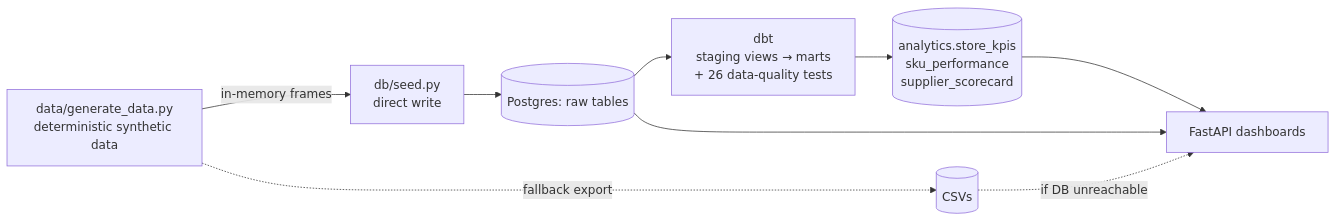
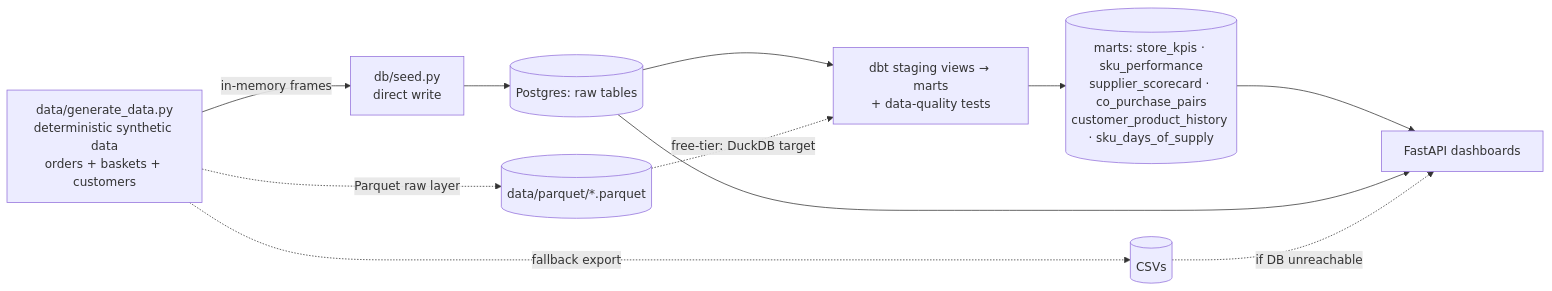
One commit to shiva-shivanibokka/SCM-using-MCP-and-LLM changed the second of 3 diagrams in README.md. Above: the diagram before and after it, drawn with Mermaid. The commit also changed other lines of this file and 38 other files, not shown here.

````diff
--- a/README.md
+++ b/README.md
@@ -99,11 +106,13 @@
 ```mermaid
 flowchart LR
-    GEN[data/generate_data.py<br/>deterministic synthetic data] -->|in-memory frames| SEED[db/seed.py<br/>direct write]
+    GEN[data/generate_data.py<br/>deterministic synthetic data<br/>orders + baskets + customers] -->|in-memory frames| SEED[db/seed.py<br/>direct write]
     SEED --> RAW[(Postgres: raw tables)]
     GEN -.->|fallback export| CSVF[(CSVs)]
-    RAW --> DBT[dbt<br/>staging views → marts<br/>+ 26 data-quality tests]
-    DBT --> MARTS[(analytics.store_kpis<br/>sku_performance<br/>supplier_scorecard)]
+    GEN -.->|Parquet raw layer| PARQ[(data/parquet/*.parquet)]
+    RAW --> DBT[dbt staging views → marts<br/>+ data-quality tests]
+    PARQ -.->|free-tier: DuckDB target| DBT
+    DBT --> MARTS[(marts: store_kpis · sku_performance<br/>supplier_scorecard · co_purchase_pairs<br/>customer_product_history · sku_days_of_supply)]
     MARTS --> APP[FastAPI dashboards]
     RAW --> APP
     CSVF -. if DB unreachable .-> APP
 ```
````
